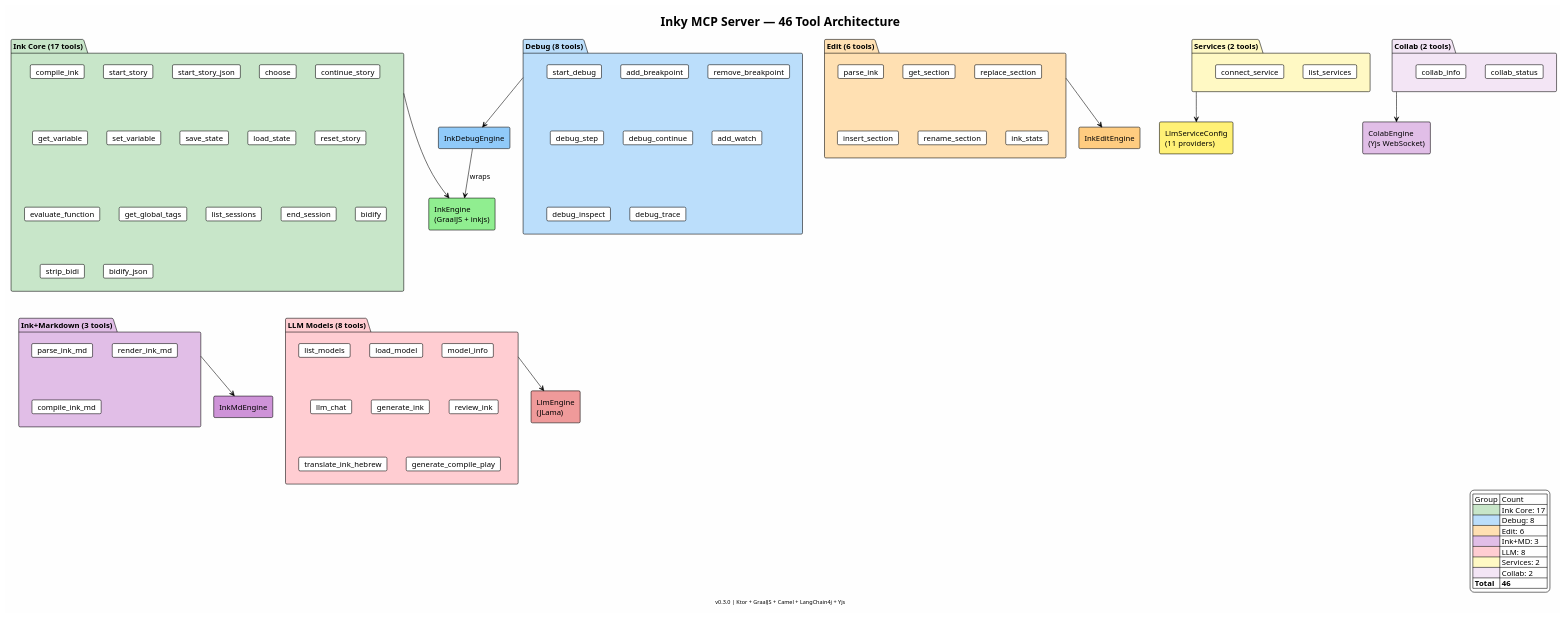
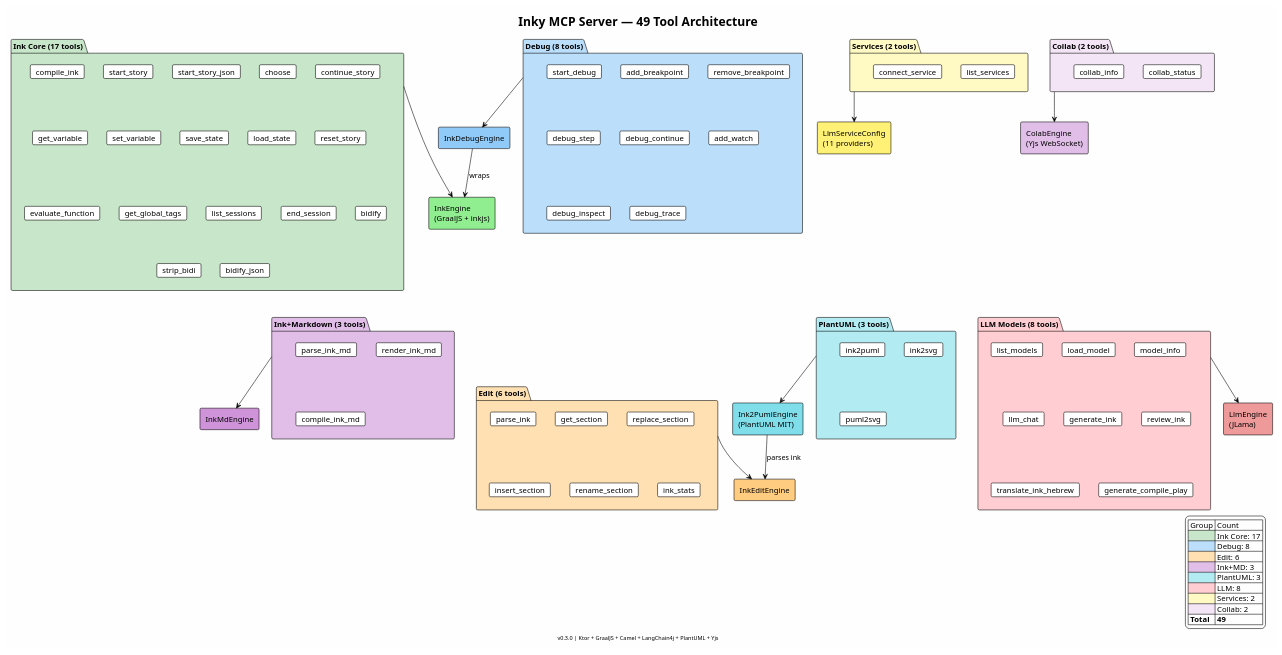
Before and after one commit to VRDate/inky: the diagram in docs/architecture/ink-mcp-tools.puml, drawn with PlantUML. The commit also changed 18 other files, not shown here.

First line of the commit message:
Add Ink2PumlEngine, PlantUML SVG rendering, 49 MCP tools, rename extension folders

```diff
--- a/docs/architecture/ink-mcp-tools.puml
+++ b/docs/architecture/ink-mcp-tools.puml
@@ -1,108 +1,118 @@
 @startuml ink-mcp-tools
 !theme plain
 skinparam backgroundColor #FEFEFE
 
-title Inky MCP Server — 46 Tool Architecture
-footer v0.3.0 | Ktor + GraalJS + Camel + LangChain4j + Yjs
+title Inky MCP Server — 49 Tool Architecture
+footer v0.3.0 | Ktor + GraalJS + Camel + LangChain4j + PlantUML + Yjs
 
 ' ── Tool Groups ──
 package "Ink Core (17 tools)" as inkCore #C8E6C9 {
     card "compile_ink" as t1
     card "start_story" as t2
     card "start_story_json" as t3
     card "choose" as t4
     card "continue_story" as t5
     card "get_variable" as t6
     card "set_variable" as t7
     card "save_state" as t8
     card "load_state" as t9
     card "reset_story" as t10
     card "evaluate_function" as t11
     card "get_global_tags" as t12
     card "list_sessions" as t13
     card "end_session" as t14
     card "bidify" as t15
     card "strip_bidi" as t16
     card "bidify_json" as t17
 }
 
 package "Debug (8 tools)" as debug #BBDEFB {
     card "start_debug" as d1
     card "add_breakpoint" as d2
     card "remove_breakpoint" as d3
     card "debug_step" as d4
     card "debug_continue" as d5
     card "add_watch" as d6
     card "debug_inspect" as d7
     card "debug_trace" as d8
 }
 
 package "Edit (6 tools)" as edit #FFE0B2 {
     card "parse_ink" as e1
     card "get_section" as e2
     card "replace_section" as e3
     card "insert_section" as e4
     card "rename_section" as e5
     card "ink_stats" as e6
 }
 
 package "Ink+Markdown (3 tools)" as inkMd #E1BEE7 {
     card "parse_ink_md" as m1
     card "render_ink_md" as m2
     card "compile_ink_md" as m3
 }
 
+package "PlantUML (3 tools)" as puml #B2EBF2 {
+    card "ink2puml" as p1
+    card "ink2svg" as p2
+    card "puml2svg" as p3
+}
+
 package "LLM Models (8 tools)" as llm #FFCDD2 {
     card "list_models" as l1
     card "load_model" as l2
     card "model_info" as l3
     card "llm_chat" as l4
     card "generate_ink" as l5
     card "review_ink" as l6
     card "translate_ink_hebrew" as l7
     card "generate_compile_play" as l8
 }
 
 package "Services (2 tools)" as services #FFF9C4 {
     card "list_services" as s1
     card "connect_service" as s2
 }
 
 package "Collab (2 tools)" as collab #F3E5F5 {
     card "collab_status" as c1
     card "collab_info" as c2
 }
 
 ' ── Engines ──
 rectangle "InkEngine\n(GraalJS + inkjs)" as inkEngine #90EE90
 rectangle "InkDebugEngine" as debugEngine #90CAF9
 rectangle "InkEditEngine" as editEngine #FFCC80
 rectangle "InkMdEngine" as mdEngine #CE93D8
+rectangle "Ink2PumlEngine\n(PlantUML MIT)" as pumlEngine #80DEEA
 rectangle "LlmEngine\n(JLama)" as llmEngine #EF9A9A
 rectangle "LlmServiceConfig\n(11 providers)" as serviceConfig #FFF176
 rectangle "ColabEngine\n(Yjs WebSocket)" as colabEngine #E1BEE7
 
 ' ── Wiring ──
 inkCore --> inkEngine
 debug --> debugEngine
 edit --> editEngine
 inkMd --> mdEngine
+puml --> pumlEngine
 llm --> llmEngine
 services --> serviceConfig
 collab --> colabEngine
 
 debugEngine --> inkEngine : wraps
+pumlEngine --> editEngine : parses ink
 
 legend right
   | Group | Count |
   |<#C8E6C9>| Ink Core: 17 |
   |<#BBDEFB>| Debug: 8 |
   |<#FFE0B2>| Edit: 6 |
   |<#E1BEE7>| Ink+MD: 3 |
+  |<#B2EBF2>| PlantUML: 3 |
   |<#FFCDD2>| LLM: 8 |
   |<#FFF9C4>| Services: 2 |
   |<#F3E5F5>| Collab: 2 |
-  | **Total** | **46** |
+  | **Total** | **49** |
 endlegend
 
 @enduml
```
